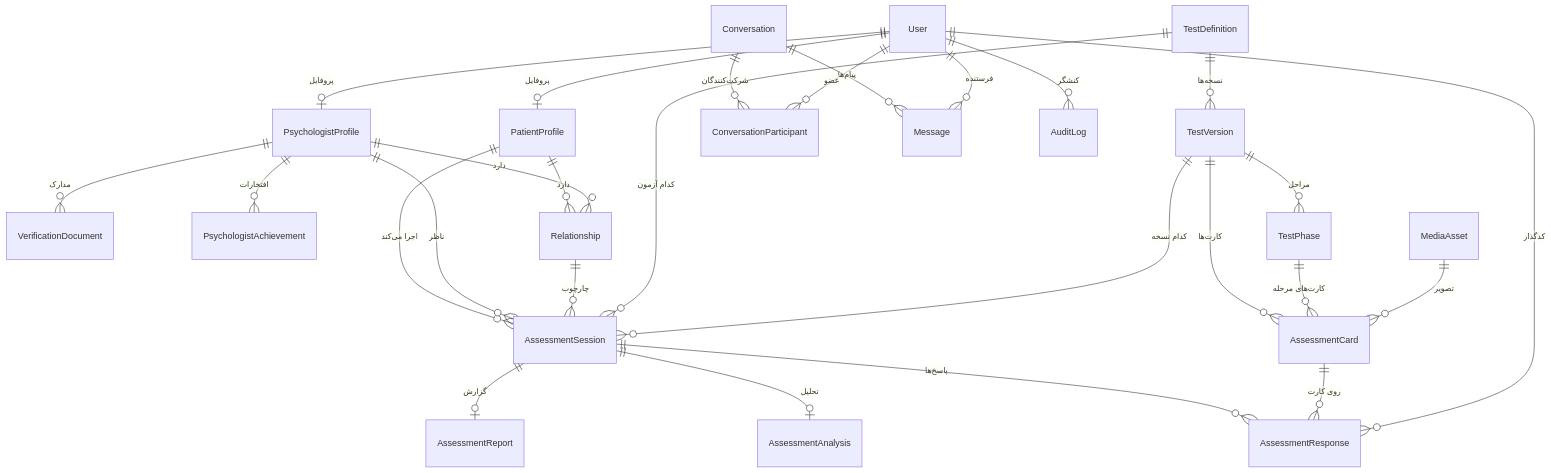
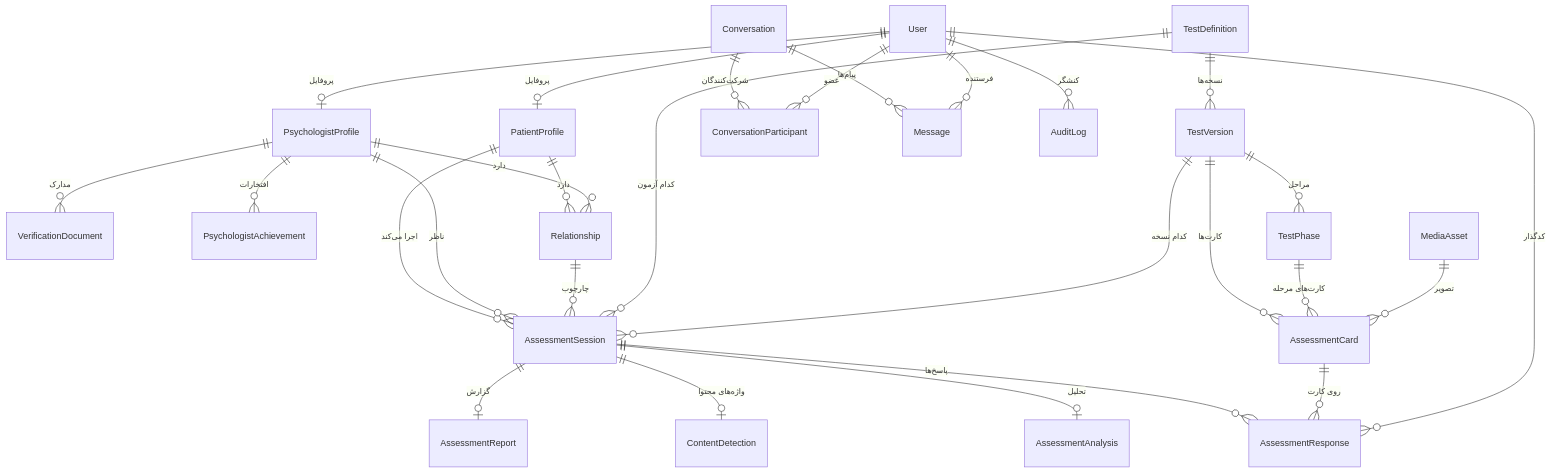
Before and after one commit to elmkhah/rorschach: the first of 2 diagrams in documentation/03-data-model-er.md, drawn with Mermaid. The commit also changed other lines of this file and 33 other files, not shown here.

````diff
--- a/documentation/03-data-model-er.md
+++ b/documentation/03-data-model-er.md
@@ -31,33 +31,34 @@
 ```mermaid
 erDiagram
     User ||--o| PatientProfile : "پروفایل"
     User ||--o| PsychologistProfile : "پروفایل"
     PsychologistProfile ||--o{ VerificationDocument : "مدارک"
     PsychologistProfile ||--o{ PsychologistAchievement : "افتخارات"
     PatientProfile ||--o{ Relationship : "دارد"
     PsychologistProfile ||--o{ Relationship : "دارد"
 
     TestDefinition ||--o{ TestVersion : "نسخه‌ها"
     TestVersion ||--o{ TestPhase : "مراحل"
     TestVersion ||--o{ AssessmentCard : "کارت‌ها"
     TestPhase ||--o{ AssessmentCard : "کارت‌های مرحله"
     MediaAsset ||--o{ AssessmentCard : "تصویر"
 
     PatientProfile ||--o{ AssessmentSession : "اجرا می‌کند"
     PsychologistProfile ||--o{ AssessmentSession : "ناظر"
     Relationship ||--o{ AssessmentSession : "چارچوب"
     TestDefinition ||--o{ AssessmentSession : "کدام آزمون"
     TestVersion ||--o{ AssessmentSession : "کدام نسخه"
     AssessmentSession ||--o{ AssessmentResponse : "پاسخ‌ها"
     AssessmentCard ||--o{ AssessmentResponse : "روی کارت"
     AssessmentSession ||--o| AssessmentAnalysis : "تحلیل"
+    AssessmentSession ||--o| ContentDetection : "واژه‌های محتوا"
     AssessmentSession ||--o| AssessmentReport : "گزارش"
     User ||--o{ AssessmentResponse : "کدگذار"
 
     Conversation ||--o{ ConversationParticipant : "شرکت‌کنندگان"
     Conversation ||--o{ Message : "پیام‌ها"
     User ||--o{ ConversationParticipant : "عضو"
     User ||--o{ Message : "فرستنده"
 
     User ||--o{ AuditLog : "کنشگر"
 ```
````
